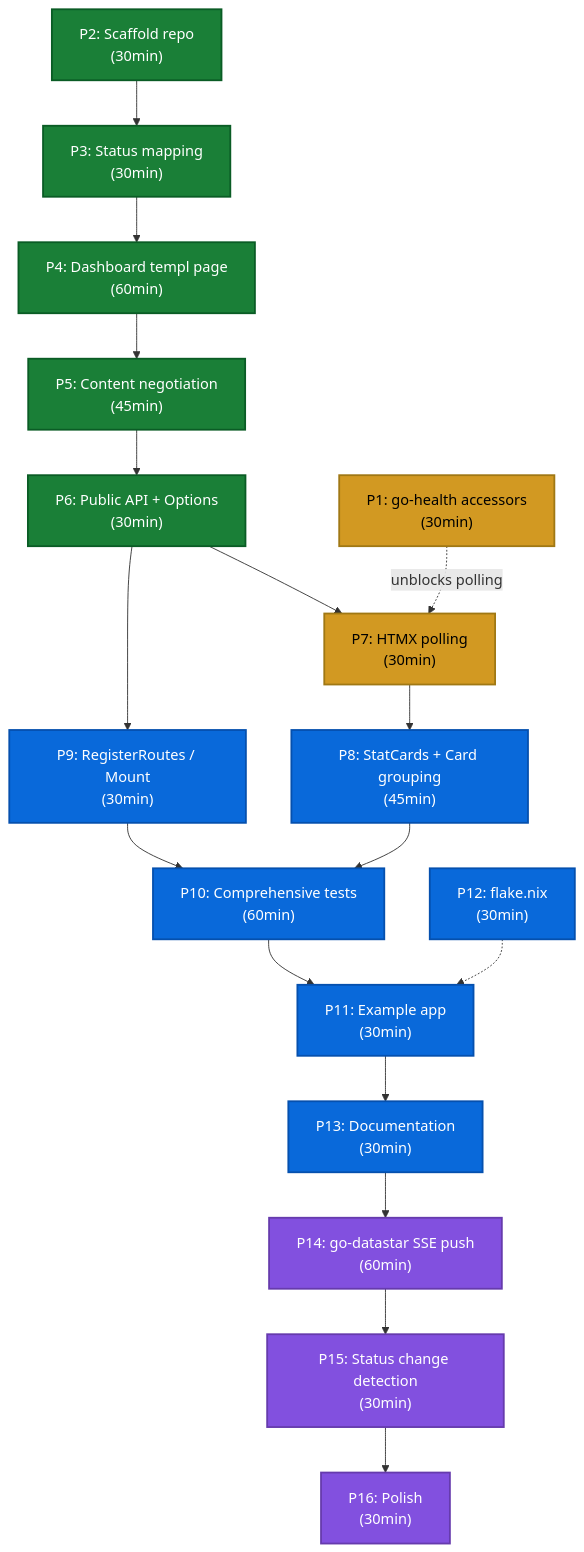
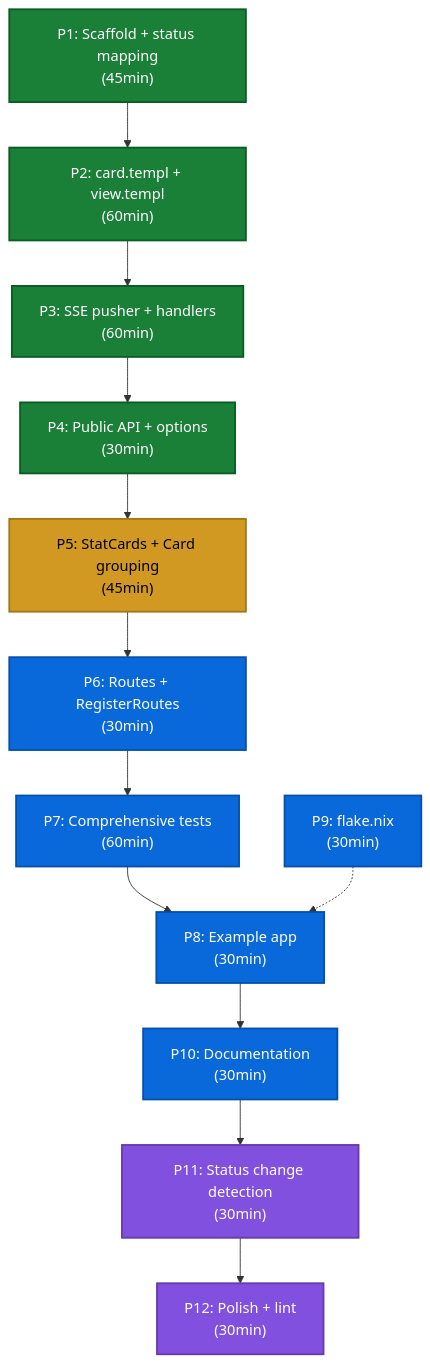
One commit to LarsArtmann/go-health-dashboard changed the diagram in docs/planning/2026-08-08_02-46-go-health-dashboard.md. Above: the diagram before and after it, drawn with Mermaid. The commit also changed other lines of this file, not shown here.

First line of the commit message:
plan: rewrite v2 — go-datastar SSE as default, kill HTMX polling and content negotiation

````diff
--- a/docs/planning/2026-08-08_02-46-go-health-dashboard.md
+++ b/docs/planning/2026-08-08_02-46-go-health-dashboard.md
@@ -181,51 +216,44 @@
 ```mermaid
 flowchart TD
-    %% ===== 1% TIER (core dashboard) =====
-    P2["P2: Scaffold repo<br/>(30min)"]
-    P3["P3: Status mapping<br/>(30min)"]
-    P4["P4: Dashboard templ page<br/>(60min)"]
-    P5["P5: Content negotiation<br/>(45min)"]
-    P6["P6: Public API + Options<br/>(30min)"]
+    %% ===== 1% TIER (core SSE dashboard) =====
+    P1["P1: Scaffold + status mapping<br/>(45min)"]
+    P2["P2: card.templ + view.templ<br/>(60min)"]
+    P3["P3: SSE pusher + handlers<br/>(60min)"]
+    P4["P4: Public API + options<br/>(30min)"]
 
-    %% ===== 4% TIER (live updates) =====
-    P1["P1: go-health accessors<br/>(30min)"]
-    P7["P7: HTMX polling<br/>(30min)"]
+    %% ===== 4% TIER (dashboard richness) =====
+    P5["P5: StatCards + Card grouping<br/>(45min)"]
 
-    %% ===== 20% TIER (v0.1.0) =====
-    P8["P8: StatCards + Card grouping<br/>(45min)"]
-    P9["P9: RegisterRoutes / Mount<br/>(30min)"]
-    P10["P10: Comprehensive tests<br/>(60min)"]
-    P11["P11: Example app<br/>(30min)"]
-    P12["P12: flake.nix<br/>(30min)"]
-    P13["P13: Documentation<br/>(30min)"]
+    %% ===== 20% TIER (v0.1.0 complete) =====
+    P6["P6: Routes + RegisterRoutes<br/>(30min)"]
+    P7["P7: Comprehensive tests<br/>(60min)"]
+    P8["P8: Example app<br/>(30min)"]
+    P9["P9: flake.nix<br/>(30min)"]
+    P10["P10: Documentation<br/>(30min)"]
 
-    %% ===== 100% (SSE + polish) =====
-    P14["P14: go-datastar SSE push<br/>(60min)"]
-    P15["P15: Status change detection<br/>(30min)"]
-    P16["P16: Polish<br/>(30min)"]
+    %% ===== 100% (polish) =====
+    P11["P11: Status change detection<br/>(30min)"]
+    P12["P12: Polish + lint<br/>(30min)"]
 
     %% Dependencies
-    P2 --> P3 --> P4 --> P5 --> P6
+    P1 --> P2 --> P3 --> P4
+    P4 --> P5
+    P5 --> P6
     P6 --> P7
-    P1 -.->|unblocks polling| P7
     P7 --> P8
-    P6 --> P9
+    P9 -.-> P8
     P8 --> P10
-    P9 --> P10
     P10 --> P11
-    P12 -.-> P11
-    P11 --> P13
-    P13 --> P14
-    P14 --> P15 --> P16
+    P11 --> P12
 
-    %% Tier styling
+    %% Styling
     classDef tier1 fill:#1a7f37,color:#fff,stroke:#0a5c25,stroke-width:2px
     classDef tier4 fill:#d29922,color:#000,stroke:#a07814,stroke-width:2px
     classDef tier20 fill:#0969da,color:#fff,stroke:#0550ae,stroke-width:2px
     classDef tier100 fill:#8250df,color:#fff,stroke:#663bad,stroke-width:2px
 
-    class P2,P3,P4,P5,P6 tier1
-    class P1,P7 tier4
-    class P8,P9,P10,P11,P12,P13 tier20
-    class P14,P15,P16 tier100
+    class P1,P2,P3,P4 tier1
+    class P5 tier4
+    class P6,P7,P8,P9,P10 tier20
+    class P11,P12 tier100
 ```
````
